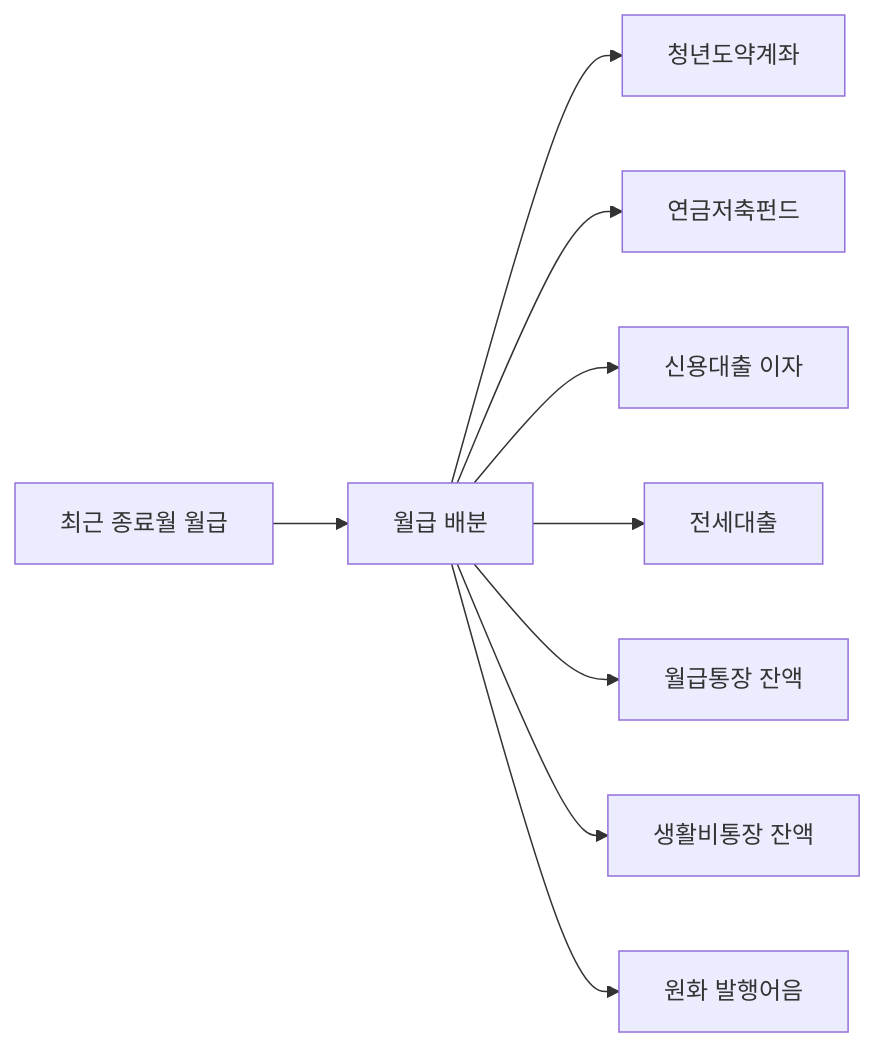
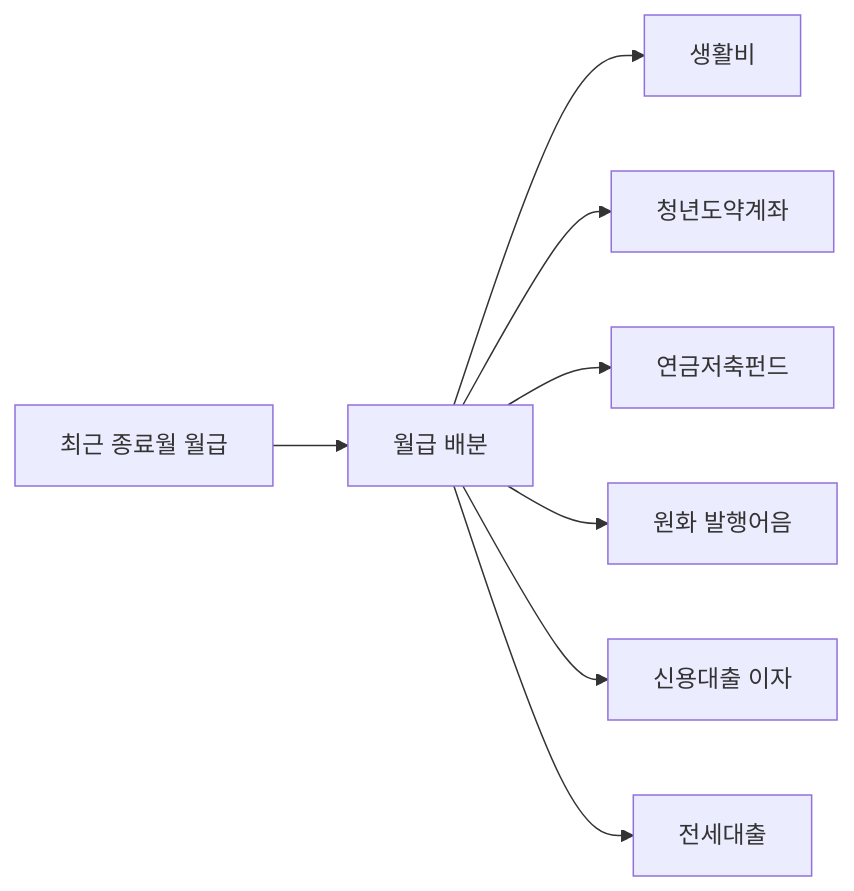
Before and after one commit to ksg0694-ops/NetVisualizer: the diagram in docs/02-design/personal-cfo-salary-flow-v1.md, drawn with Mermaid. The commit also changed other lines of this file and 11 other files, not shown here.

Commit message:
Simplify salary flow graph

````diff
--- a/docs/02-design/personal-cfo-salary-flow-v1.md
+++ b/docs/02-design/personal-cfo-salary-flow-v1.md
@@ -44,11 +43,10 @@
 ```mermaid
 flowchart LR
     Salary["최근 종료월 월급"] --> Allocation["월급 배분"]
+    Allocation --> Living["생활비"]
     Allocation --> Youth["청년도약계좌"]
     Allocation --> Pension["연금저축펀드"]
+    Allocation --> Note["원화 발행어음"]
     Allocation --> Credit["신용대출 이자"]
     Allocation --> Housing["전세대출"]
-    Allocation --> SalaryCash["월급통장 잔액"]
-    Allocation --> LivingCash["생활비통장 잔액"]
-    Allocation --> Note["원화 발행어음"]
 ```
````
